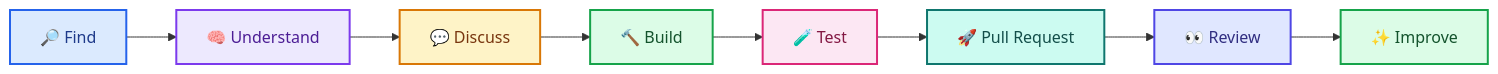
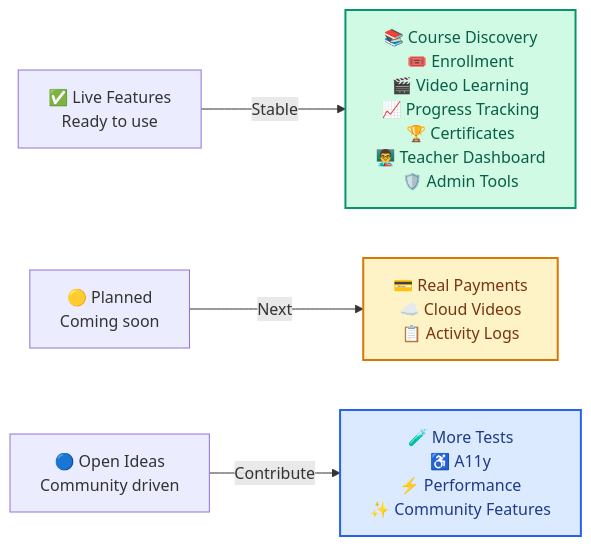
Before and after one commit to MOHITKOURAV01/learnhub: the fourth of 10 diagrams in README.md, drawn with Mermaid. The commit also changed other lines of this file, not shown here.

````diff
--- a/README.md
+++ b/README.md
@@ -488,20 +326,12 @@
 ```mermaid
-flowchart LR
-
-    A["🔎 Find"] --> B["🧠 Understand"]
-    B --> C["💬 Discuss"]
-    C --> D["🔨 Build"]
-    D --> E["🧪 Test"]
-    E --> F["🚀 Pull Request"]
-    F --> G["👀 Review"]
-    G --> H["✨ Improve"]
-
-    style A fill:#DBEAFE,stroke:#2563EB,stroke-width:2px,color:#1E3A8A
-    style B fill:#EDE9FE,stroke:#7C3AED,stroke-width:2px,color:#4C1D95
-    style C fill:#FEF3C7,stroke:#D97706,stroke-width:2px,color:#78350F
-    style D fill:#DCFCE7,stroke:#16A34A,stroke-width:2px,color:#14532D
-    style E fill:#FCE7F3,stroke:#DB2777,stroke-width:2px,color:#831843
-    style F fill:#CCFBF1,stroke:#0F766E,stroke-width:2px,color:#134E4A
-    style G fill:#E0E7FF,stroke:#4F46E5,stroke-width:2px,color:#312E81
-    style H fill:#DCFCE7,stroke:#16A34A,stroke-width:2px,color:#14532D
+graph LR
+    A["✅ Live Features<br/>Ready to use"] -->|Stable| B["📚 Course Discovery<br/>🎟️ Enrollment<br/>🎬 Video Learning<br/>📈 Progress Tracking<br/>🏆 Certificates<br/>👨‍🏫 Teacher Dashboard<br/>🛡️ Admin Tools"]
+    
+    C["🟡 Planned<br/>Coming soon"] -->|Next| D["💳 Real Payments<br/>☁️ Cloud Videos<br/>📋 Activity Logs"]
+    
+    E["🔵 Open Ideas<br/>Community driven"] -->|Contribute| F["🧪 More Tests<br/>♿ A11y<br/>⚡ Performance<br/>✨ Community Features"]
+    
+    style B fill:#D1FAE5,stroke:#059669,stroke-width:2px,color:#065F46
+    style D fill:#FEF3C7,stroke:#D97706,stroke-width:2px,color:#78350F
+    style F fill:#DBEAFE,stroke:#2563EB,stroke-width:2px,color:#1E3A8A
 ```
````
